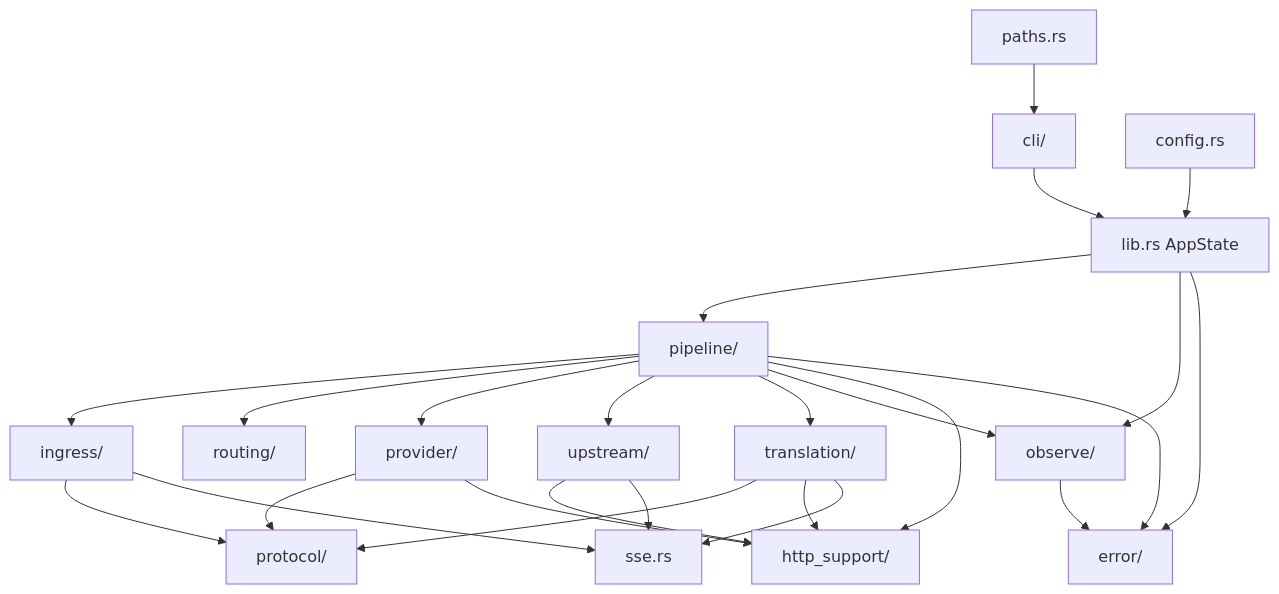
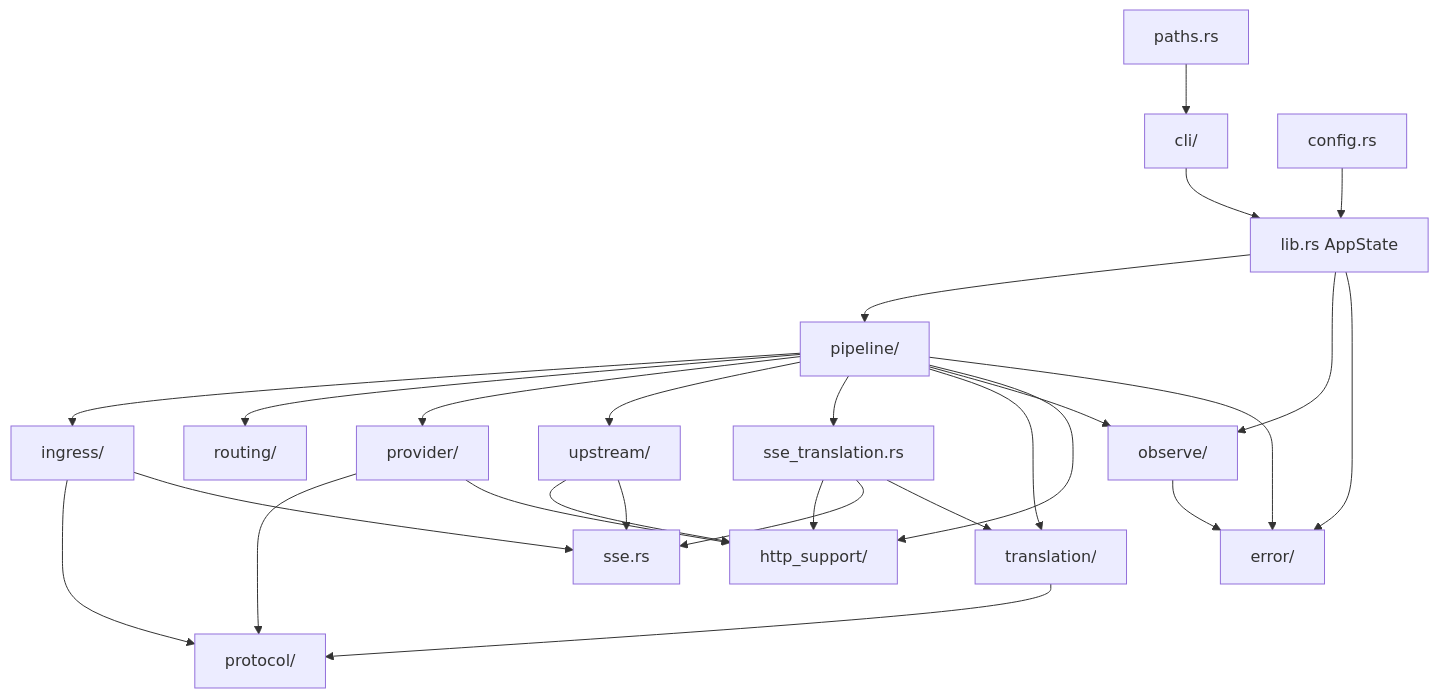
The diagram in site/src/content/docs/developer/architecture/index.mdx (VIDLG/proxai), drawn with Mermaid before and after one commit. The commit also changed other lines of this file and 103 other files, not shown here.

````diff
--- a/site/src/content/docs/developer/architecture/index.mdx
+++ b/site/src/content/docs/developer/architecture/index.mdx
@@ -218,29 +222,31 @@
 ```mermaid
 flowchart TD
   cli[cli/] --> lib[lib.rs AppState]
   config[config.rs] --> lib
   paths[paths.rs] --> cli
   lib --> pipeline[pipeline/]
 
   pipeline --> ingress[ingress/]
   pipeline --> routing[routing/]
   pipeline --> provider[provider/]
   pipeline --> upstream[upstream/]
+  pipeline --> sse_translation[sse_translation.rs]
   pipeline --> translation[translation/]
   pipeline --> observe[observe/]
   pipeline --> http_support[http_support/]
   pipeline --> error[error/]
 
   ingress --> protocol[protocol/]
   translation --> protocol
   provider --> protocol
   upstream --> http_support
   provider --> http_support
-  translation --> http_support
-  ingress --> sse[sse.rs]
+  sse_translation --> http_support
+  sse_translation --> sse[sse.rs]
+  sse_translation --> translation
+  ingress --> sse
   upstream --> sse
-  translation --> sse
   observe --> error
   lib --> observe
   lib --> error
 ```
````
